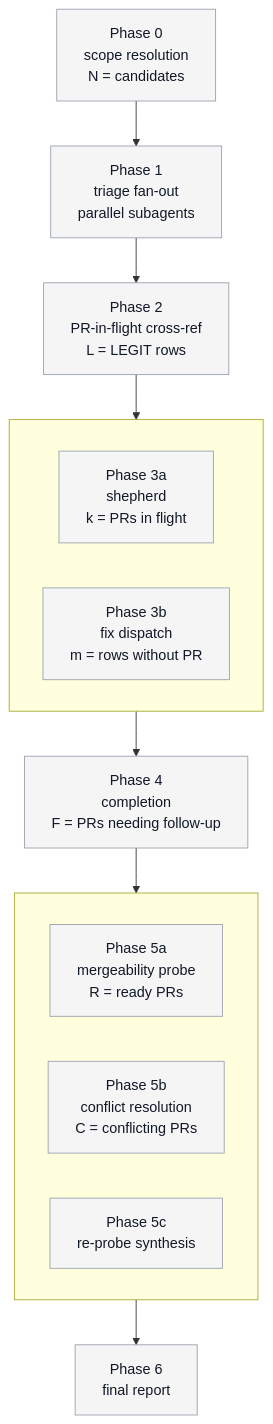
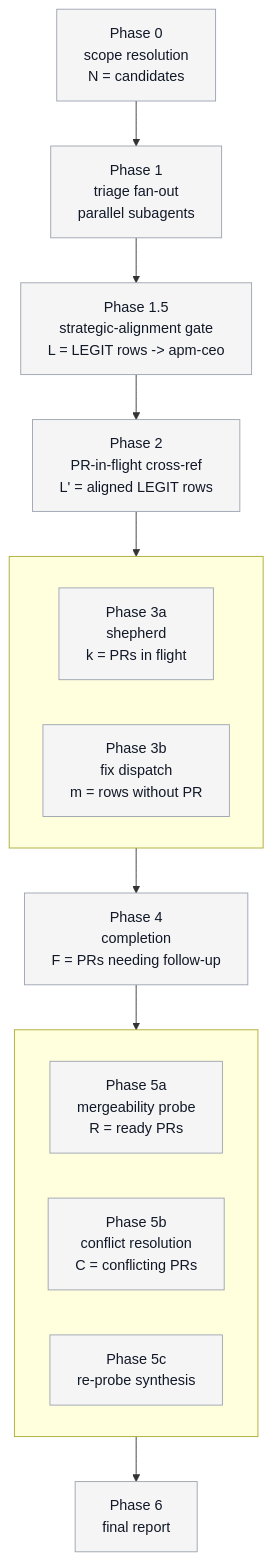
Before and after one commit to microsoft/apm: the diagram in packages/batch-bug-shepherd/.apm/skills/batch-bug-shepherd/assets/progress-diagram.md, drawn with Mermaid. The commit also changed other lines of this file and 9 other files, not shown here.

First line of the commit message:
feat(bbs): add Phase 1.5 strategic-alignment gate + PRINCIPLES.md

````diff
--- a/packages/batch-bug-shepherd/.apm/skills/batch-bug-shepherd/assets/progress-diagram.md
+++ b/packages/batch-bug-shepherd/.apm/skills/batch-bug-shepherd/assets/progress-diagram.md
@@ -46,31 +46,32 @@
 ```mermaid
 flowchart TB
     P0["Phase 0<br/>scope resolution<br/>N = <N> candidates"]:::pending
     P1["Phase 1<br/>triage fan-out<br/><N> parallel subagents"]:::pending
-    P2["Phase 2<br/>PR-in-flight cross-ref<br/>L = <L> LEGIT rows"]:::pending
+    P15["Phase 1.5<br/>strategic-alignment gate<br/>L = <L> LEGIT rows -> apm-ceo"]:::pending
+    P2["Phase 2<br/>PR-in-flight cross-ref<br/>L' = <L_prime> aligned LEGIT rows"]:::pending
 
     subgraph WAVE2[" "]
         direction LR
         P3a["Phase 3a<br/>shepherd<br/>k = <k> PRs in flight"]:::pending
         P3b["Phase 3b<br/>fix dispatch<br/>m = <m> rows without PR"]:::pending
     end
 
     P4["Phase 4<br/>completion<br/>F = <F> PRs needing follow-up"]:::pending
 
     subgraph WAVE4[" "]
         direction LR
         P5a["Phase 5a<br/>mergeability probe<br/>R = <R> ready PRs"]:::pending
         P5b["Phase 5b<br/>conflict resolution<br/>C = <C> conflicting PRs"]:::pending
         P5c["Phase 5c<br/>re-probe synthesis"]:::pending
     end
 
     P6["Phase 6<br/>final report"]:::pending
 
-    P0 --> P1 --> P2 --> WAVE2 --> P4 --> WAVE4 --> P6
+    P0 --> P1 --> P15 --> P2 --> WAVE2 --> P4 --> WAVE4 --> P6
 
     classDef pending fill:#f5f5f5,stroke:#9ca3af,stroke-width:1px,color:#111827
     classDef active  fill:#dbeafe,stroke:#2563eb,stroke-width:3px,color:#0c4a6e
     classDef done    fill:#dcfce7,stroke:#16a34a,stroke-width:1px,color:#14532d
     classDef blocked fill:#fef3c7,stroke:#d97706,stroke-width:2px,color:#78350f
     classDef skipped fill:#f3f4f6,stroke:#6b7280,stroke-width:1px,stroke-dasharray:4 2,color:#374151
 ```
````
